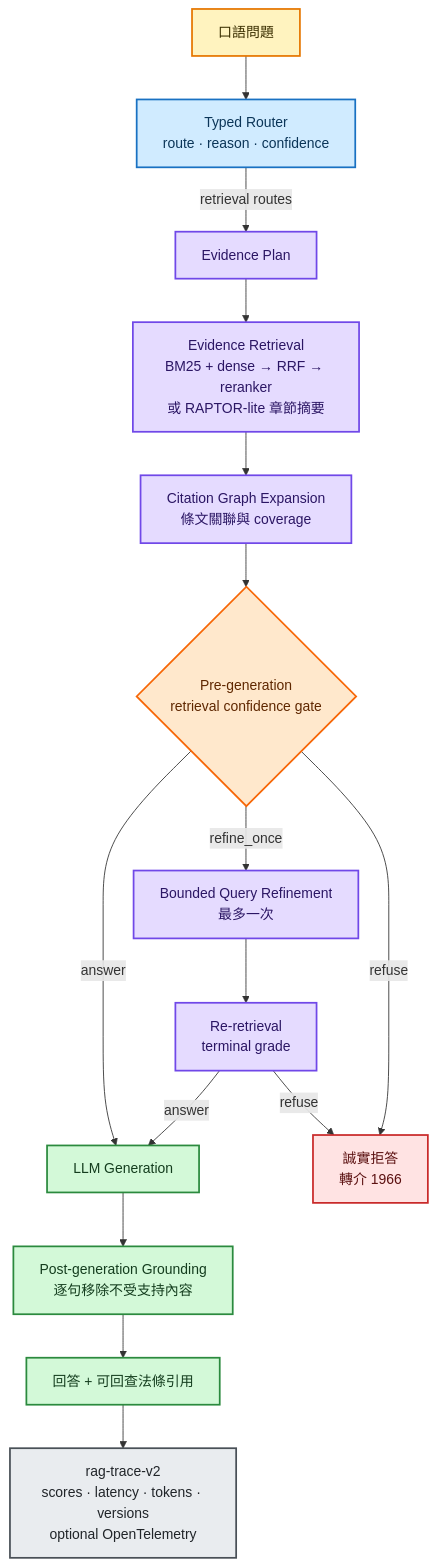
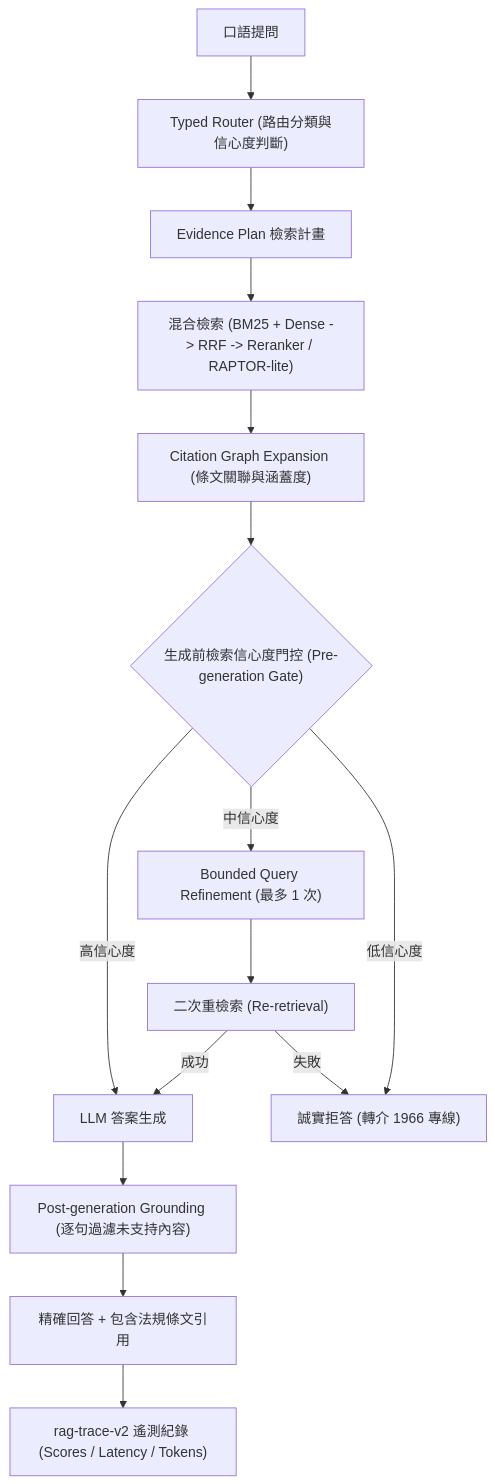
One commit to kuotunyu/tw-longcare-rag changed the diagram in README.md. Above: the diagram before and after it, drawn with Mermaid. The commit also changed other lines of this file and 1 other file, not shown here.

Commit message:
docs: overhaul README with clean vertical flowchart and update .gitignore for security

````diff
--- a/README.md
+++ b/README.md
@@ -44,36 +32,20 @@
 ```mermaid
 flowchart TD
-    Q["口語問題"] --> ROUTER["Typed Router<br/>route · reason · confidence"]
-    ROUTER -->|"retrieval routes"| PLAN["Evidence Plan"]
+    Q["口語提問"] --> ROUTER["Typed Router (路由分類與信心度判斷)"]
+    ROUTER --> PLAN["Evidence Plan 檢索計畫"]
 
-    PLAN --> RETRIEVE["Evidence Retrieval<br/>BM25 + dense → RRF → reranker<br/>或 RAPTOR-lite 章節摘要"]
-    RETRIEVE --> GRAPH["Citation Graph Expansion<br/>條文關聯與 coverage"]
-    GRAPH --> GATE{"Pre-generation<br/>retrieval confidence gate"}
+    PLAN --> RETRIEVE["混合檢索 (BM25 + Dense -> RRF -> Reranker / RAPTOR-lite)"]
+    RETRIEVE --> GRAPH["Citation Graph Expansion (條文關聯與涵蓋度)"]
+    GRAPH --> GATE{"生成前檢索信心度門控 (Pre-generation Gate)"}
 
-    GATE -->|"answer"| GEN["LLM Generation"]
-    GATE -->|"refine_once"| REFINE["Bounded Query Refinement<br/>最多一次"]
-    REFINE --> RETRIEVE2["Re-retrieval<br/>terminal grade"]
-    RETRIEVE2 -->|"answer"| GEN
-    GATE -->|"refuse"| REFUSE["誠實拒答<br/>轉介 1966"]
-    RETRIEVE2 -->|"refuse"| REFUSE
+    GATE -->|"高信心度"| GEN["LLM 答案生成"]
+    GATE -->|"中信心度"| REFINE["Bounded Query Refinement (最多 1 次)"]
+    REFINE --> RETRIEVE2["二次重檢索 (Re-retrieval)"]
+    RETRIEVE2 -->|"成功"| GEN
+    GATE -->|"低信心度"| REFUSE["誠實拒答 (轉介 1966 專線)"]
+    RETRIEVE2 -->|"失敗"| REFUSE
 
-    GEN --> GROUND["Post-generation Grounding<br/>逐句移除不受支持內容"]
-    GROUND --> ANSWER["回答 + 可回查法條引用"]
-    ANSWER --> TRACE["rag-trace-v2<br/>scores · latency · tokens · versions<br/>optional OpenTelemetry"]
-
-    classDef input fill:#FFF3BF,stroke:#E67700,stroke-width:2px,color:#3B2F00
-    classDef route fill:#D0EBFF,stroke:#1971C2,stroke-width:2px,color:#0B3558
-    classDef retrieval fill:#E5DBFF,stroke:#7048E8,stroke-width:2px,color:#2B1664
-    classDef decision fill:#FFE8CC,stroke:#F76707,stroke-width:2px,color:#5F2700
-    classDef generation fill:#D3F9D8,stroke:#2B8A3E,stroke-width:2px,color:#143D1E
-    classDef refusal fill:#FFE3E3,stroke:#C92A2A,stroke-width:2px,color:#5C1111
-    classDef trace fill:#E9ECEF,stroke:#495057,stroke-width:2px,color:#212529
-
-    class Q input
-    class ROUTER route
-    class PLAN,RETRIEVE,GRAPH,REFINE,RETRIEVE2 retrieval
-    class GATE decision
-    class GEN,GROUND,ANSWER generation
-    class REFUSE refusal
-    class TRACE trace
+    GEN --> GROUND["Post-generation Grounding (逐句過濾未支持內容)"]
+    GROUND --> ANSWER["精確回答 + 包含法規條文引用"]
+    ANSWER --> TRACE["rag-trace-v2 遙測紀錄 (Scores / Latency / Tokens)"]
 ```
````
